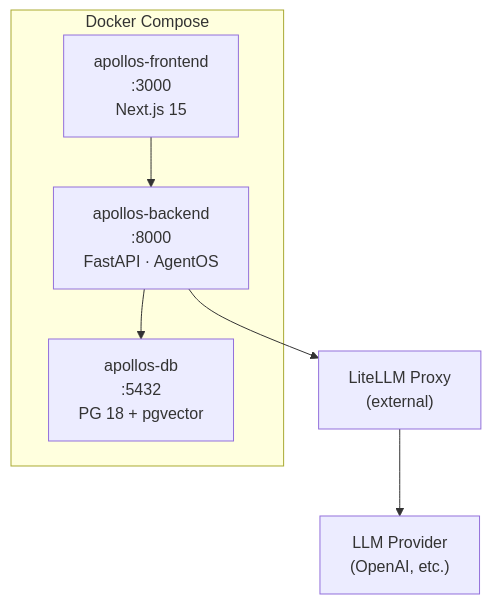
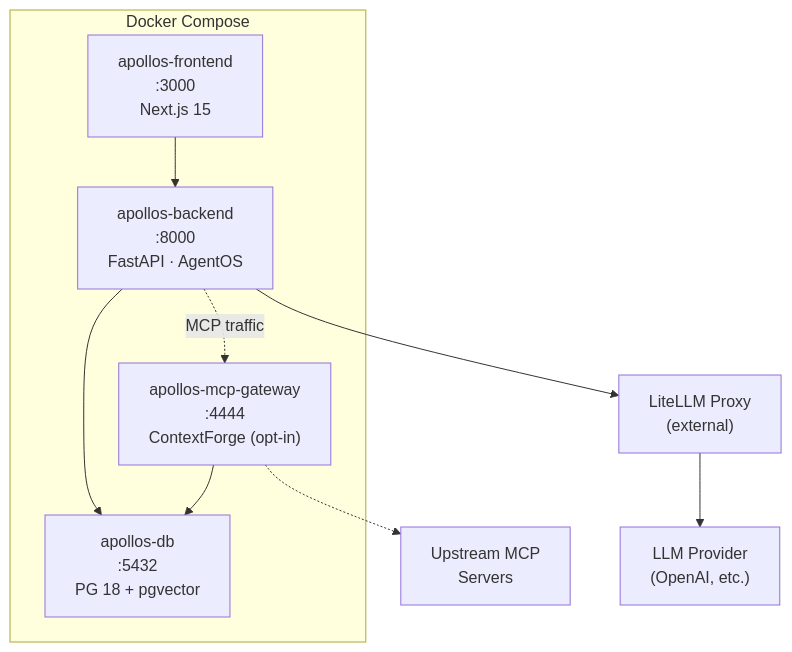
The diagram in docs/reference/architecture.mdx (jrmatherly/agno-apollos), drawn with Mermaid before and after one commit. The commit also changed other lines of this file and 6 other files, not shown here.

Commit message:
feat: Implement and document MCP Gateway integration for centralized MCP server management.

````diff
--- a/docs/reference/architecture.mdx
+++ b/docs/reference/architecture.mdx
@@ -8,11 +8,15 @@
 ```mermaid
 graph TD
     subgraph Docker Compose
         FE["apollos-frontend<br/>:3000<br/>Next.js 15"]
         BE["apollos-backend<br/>:8000<br/>FastAPI · AgentOS"]
         DB["apollos-db<br/>:5432<br/>PG 18 + pgvector"]
+        GW["apollos-mcp-gateway<br/>:4444<br/>ContextForge (opt-in)"]
         FE --> BE --> DB
+        BE -.->|MCP traffic| GW
+        GW --> DB
     end
     BE --> PROXY["LiteLLM Proxy<br/>(external)"]
     PROXY --> LLM["LLM Provider<br/>(OpenAI, etc.)"]
+    GW -.-> MCP["Upstream MCP<br/>Servers"]
 ```
````
